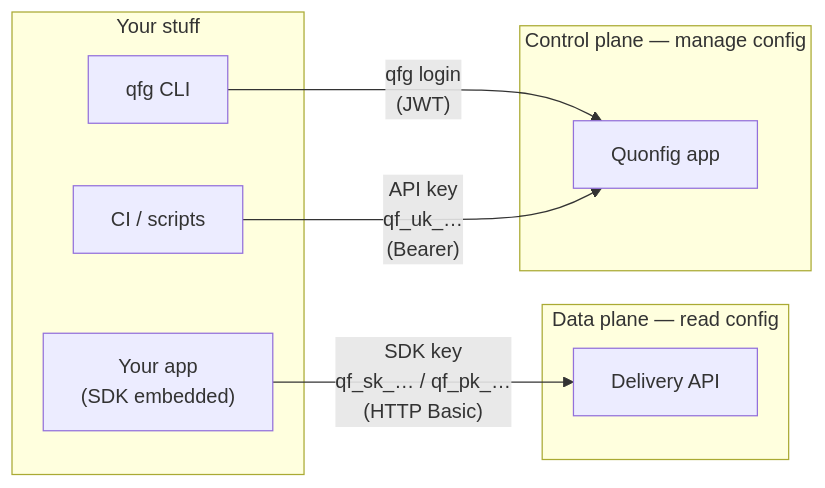
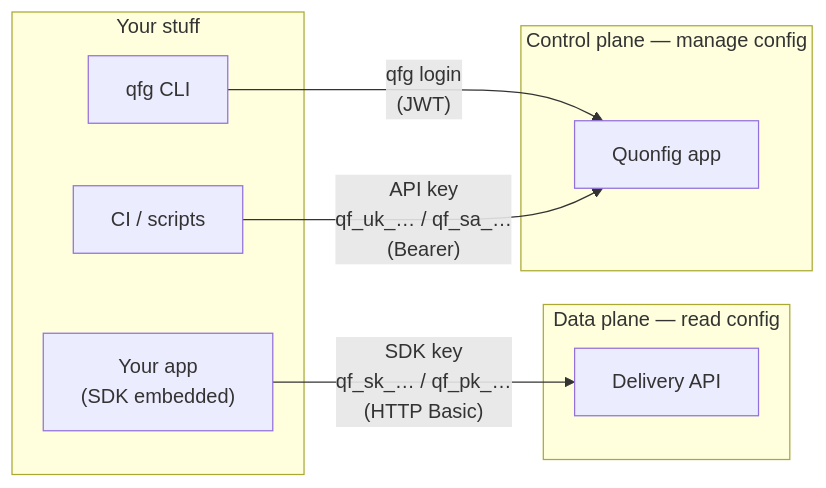
Before and after one commit to quonfig/docs: the diagram in docs/explanations/concepts/keys-and-credentials.md, drawn with Mermaid. The commit also changed other lines of this file and 10 other files, not shown here.

````diff
--- a/docs/explanations/concepts/keys-and-credentials.md
+++ b/docs/explanations/concepts/keys-and-credentials.md
@@ -26,20 +27,20 @@
 ```mermaid
 flowchart LR
   subgraph yours["Your stuff"]
     App["Your app<br/>(SDK embedded)"]
     CLI["qfg CLI"]
     CI["CI / scripts"]
   end
 
   subgraph data["Data plane — read config"]
     AD["Delivery API"]
   end
 
   subgraph control["Control plane — manage config"]
     AQ["Quonfig app"]
   end
 
   App -- "SDK key<br/>qf_sk_… / qf_pk_…<br/>(HTTP Basic)" --> AD
   CLI -- "qfg login<br/>(JWT)" --> AQ
-  CI  -- "API key<br/>qf_uk_…<br/>(Bearer)" --> AQ
+  CI  -- "API key<br/>qf_uk_… / qf_sa_…<br/>(Bearer)" --> AQ
 ```
````
